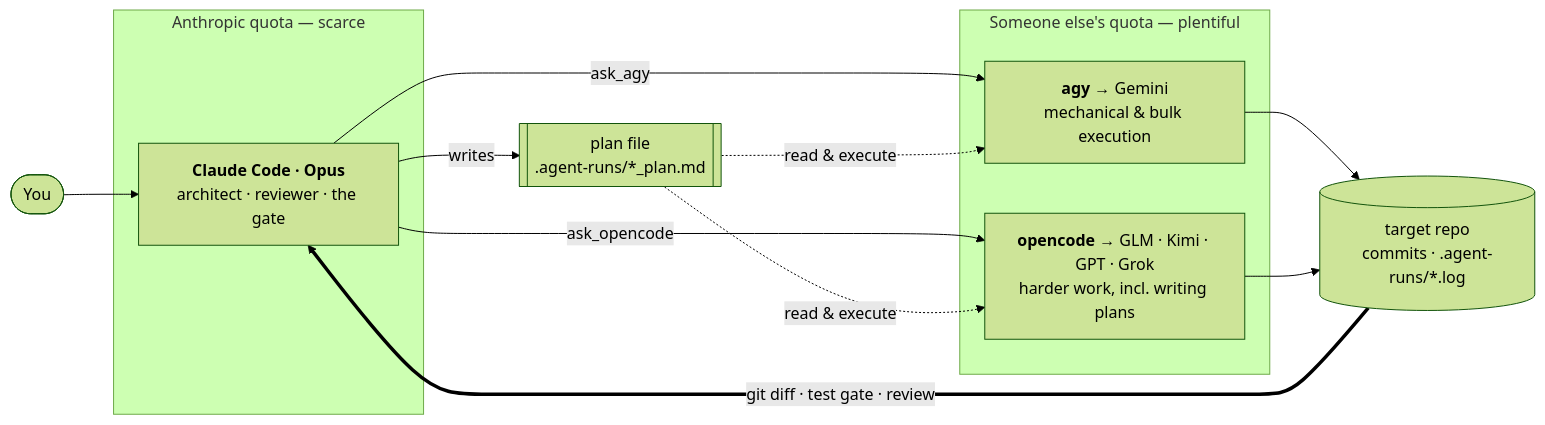
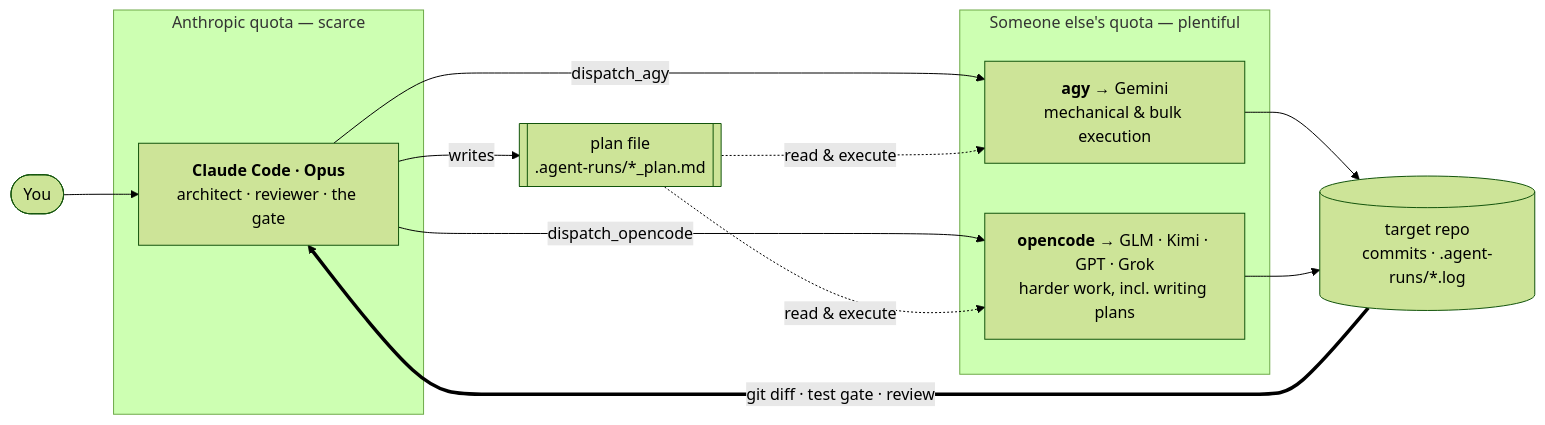
The first of 4 diagrams in README.md (artcar12/agent-delegation-mcp), drawn with Mermaid (forest theme) before and after one commit. The commit also changed other lines of this file and 7 other files, not shown here.

````diff
--- a/README.md
+++ b/README.md
@@ -64,25 +64,25 @@
 ```mermaid
 flowchart LR
     U(["You"]) --> C
 
     subgraph scarce["Anthropic quota &mdash; scarce"]
         C["<b>Claude Code · Opus</b><br/>architect · reviewer · the gate"]
     end
 
     C -->|"writes"| P[["plan file<br/>.agent-runs/*_plan.md"]]
 
     subgraph plentiful["Someone else's quota &mdash; plentiful"]
         A["<b>agy</b> → Gemini<br/>mechanical &amp; bulk execution"]
         O["<b>opencode</b> → GLM · Kimi · GPT · Grok<br/>harder work, incl. writing plans"]
     end
 
-    C -->|"ask_agy"| A
-    C -->|"ask_opencode"| O
+    C -->|"dispatch_agy"| A
+    C -->|"dispatch_opencode"| O
     P -.->|"read &amp; execute"| A
     P -.->|"read &amp; execute"| O
 
     A --> R[("target repo<br/>commits · .agent-runs/*.log")]
     O --> R
 
     R ==>|"git diff · test gate · review"| C
 ```
````
